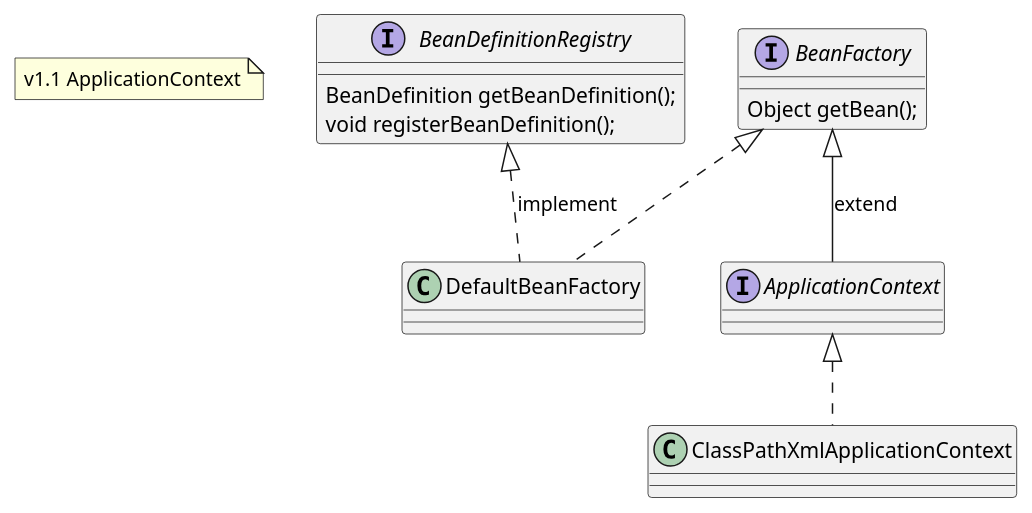
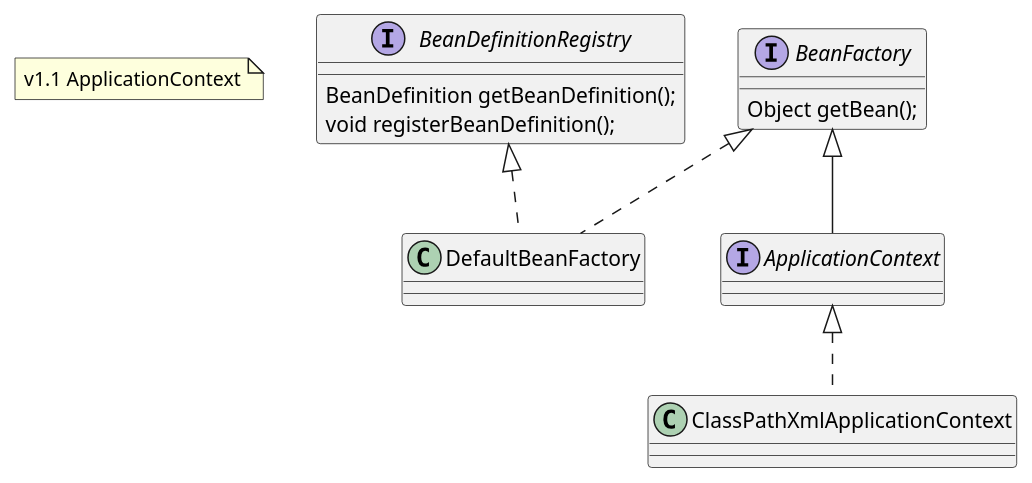
One commit to Kuangcp/TechGraph changed the diagram in UML/Spring/ApplicationContext.wsd. Above: the diagram before and after it, drawn with PlantUML. The commit also changed 2 other files, not shown here.

Commit message:
*) write uml like java code

```diff
--- a/UML/Spring/ApplicationContext.wsd
+++ b/UML/Spring/ApplicationContext.wsd
@@ -1,29 +1,23 @@
 @startuml ApplicationContext
 
 note "v1.1 ApplicationContext" as Tip
 
 interface BeanDefinitionRegistry {
   BeanDefinition getBeanDefinition();
   void registerBeanDefinition();
 }
 
 interface BeanFactory {
   Object getBean();
 }
 
-class DefaultBeanFactory {
+interface ApplicationContext extends BeanFactory {
 }
 
-interface ApplicationContext {
+class DefaultBeanFactory implements BeanFactory,BeanDefinitionRegistry {
 }
 
-class ClassPathXmlApplicationContext {
-
+class ClassPathXmlApplicationContext implements ApplicationContext {
 }
 
-BeanFactory <|-- ApplicationContext : extend
-ApplicationContext <|..ClassPathXmlApplicationContext
-BeanFactory <|.. DefaultBeanFactory
-BeanDefinitionRegistry <|.. DefaultBeanFactory : implement
-
 @enduml
```
